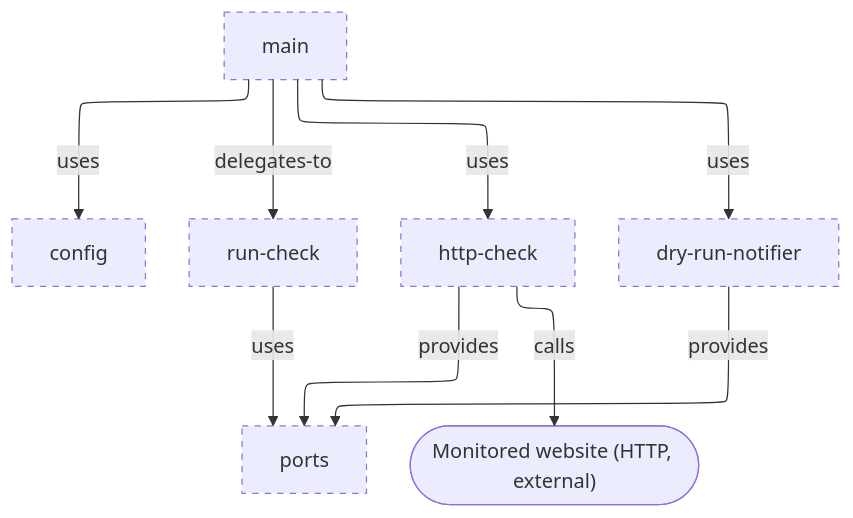
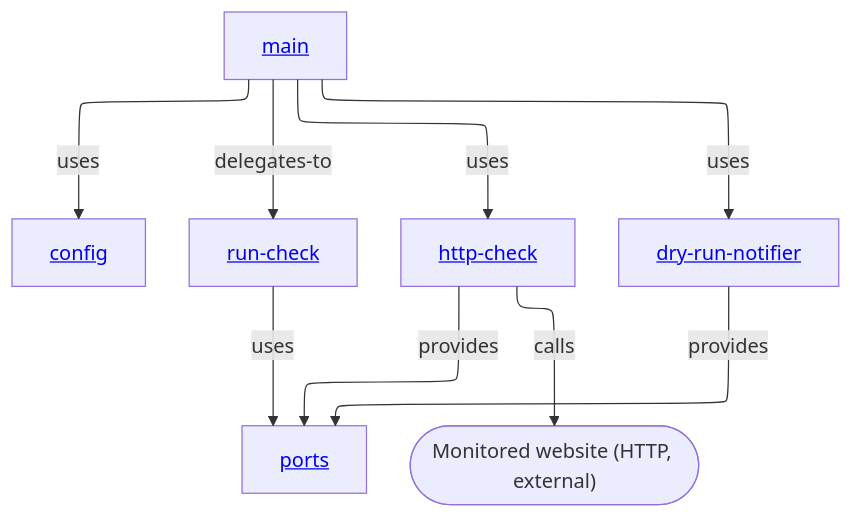
The diagram in website-availability-check/README.md (vrparthasarathy/migration-job-discovery), drawn with Mermaid before and after one commit. The commit also changed other lines of this file and 12 other files, not shown here.

````diff
--- a/website-availability-check/README.md
+++ b/website-availability-check/README.md
@@ -60,17 +26,16 @@
 ```mermaid
 ---
 config:
   layout: elk
 ---
 %%{init: {"securityLevel": "loose"}}%%
 flowchart TB
-  main["main"]:::planned -->|uses| config["config"]:::planned
-  main -->|delegates-to| run_check["run-check"]:::planned
-  main -->|uses| http_check["http-check"]:::planned
-  main -->|uses| dry_run_notifier["dry-run-notifier"]:::planned
-  run_check -->|uses| ports["ports"]:::planned
+  main["<a href='src/main.ts'>main</a>"] -->|uses| config["<a href='src/config.ts'>config</a>"]
+  main -->|delegates-to| run_check["<a href='src/run-check.ts'>run-check</a>"]
+  main -->|uses| http_check["<a href='src/http-check.ts'>http-check</a>"]
+  main -->|uses| dry_run_notifier["<a href='src/dry-run-notifier.ts'>dry-run-notifier</a>"]
+  run_check -->|uses| ports["<a href='src/ports.ts'>ports</a>"]
   http_check -->|provides| ports
   dry_run_notifier -->|provides| ports
   http_check -->|calls| site(["Monitored website (HTTP, external)"])
-  classDef planned stroke-dasharray: 5 5
 ```
````
